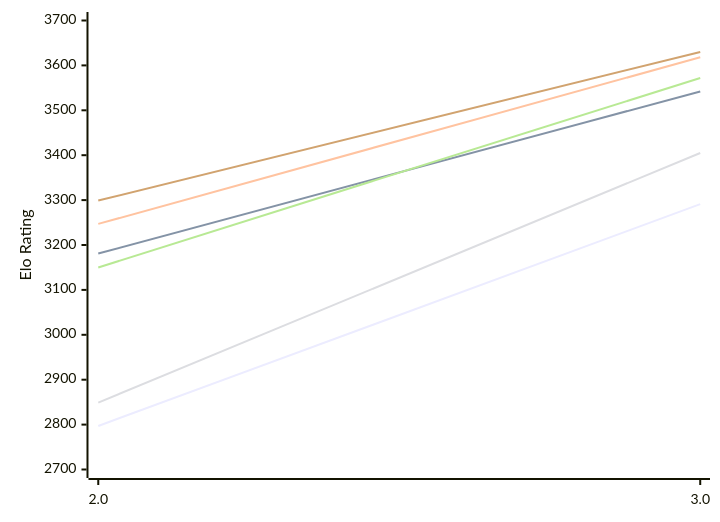
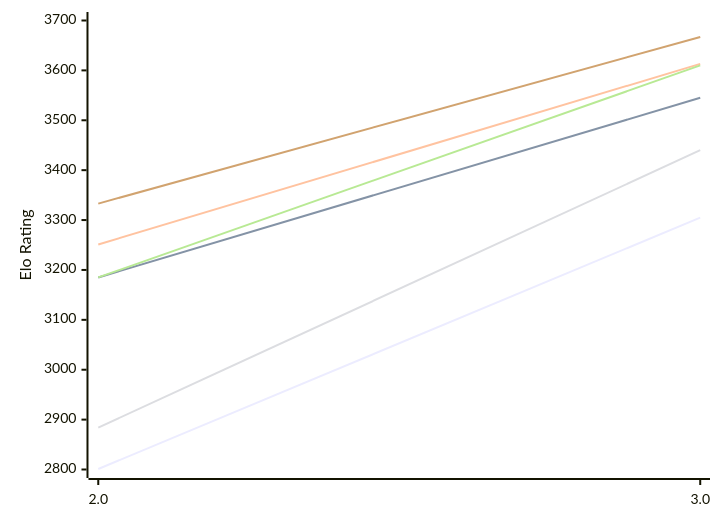
The diagram in engines/Funcomp.md (computer-chess-index/cci), drawn with Mermaid before and after one commit. The commit also changed other lines of this file, not shown here.

Commit message:
Update CCI Ratings (ELO VLTC) - 2026-11-01

````diff
--- a/engines/Funcomp.md
+++ b/engines/Funcomp.md
@@ -49,12 +49,12 @@
 ```mermaid
 %%{init: {"theme":"base","themeVariables":{"seriesColors:['#a3a3a3','#222221','#faa371']}}}%%
 xychart-beta
   x-axis ["2.0", "3.0"]
-  y-axis "Elo Rating" 2700 --> 3700
-  line "E1: STC (8.0+0.08s)" [2797, 3291]
-  line "E1: LTC (60.0+0.60s)" [3181, 3542]
-  line "E1: VLTC (2m24s+1.12s)" [3247, 3618]
-  line "P1: STC (8.0+0.08s)" [2849, 3405]
-  line "P1: LTC (60.0+0.60s)" [3150, 3572]
-  line "P1: VLTC (2m24s+1.12s)" [3299, 3630]
+  y-axis "Elo Rating" 2800 --> 3700
+  line "E1: STC (8.0+0.08s)" [2801, 3305]
+  line "E1: LTC (60.0+0.60s)" [3185, 3545]
+  line "E1: VLTC (2m24s+1.12s)" [3251, 3613]
+  line "P1: STC (8.0+0.08s)" [2884, 3440]
+  line "P1: LTC (60.0+0.60s)" [3185, 3610]
+  line "P1: VLTC (2m24s+1.12s)" [3333, 3667]
 ```
````
